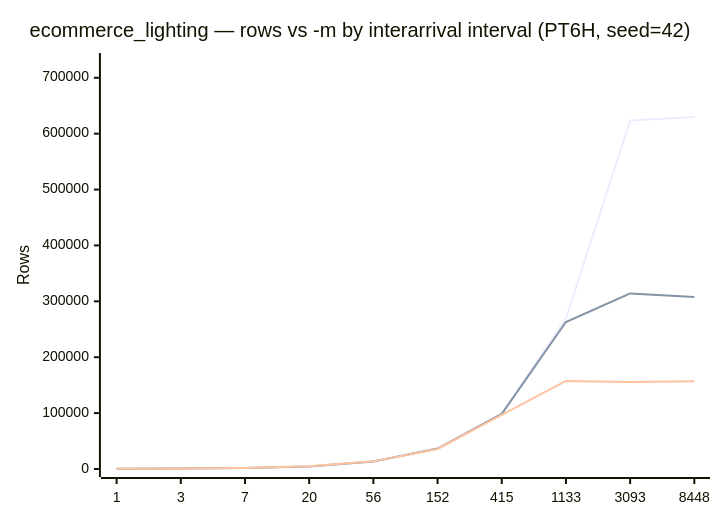
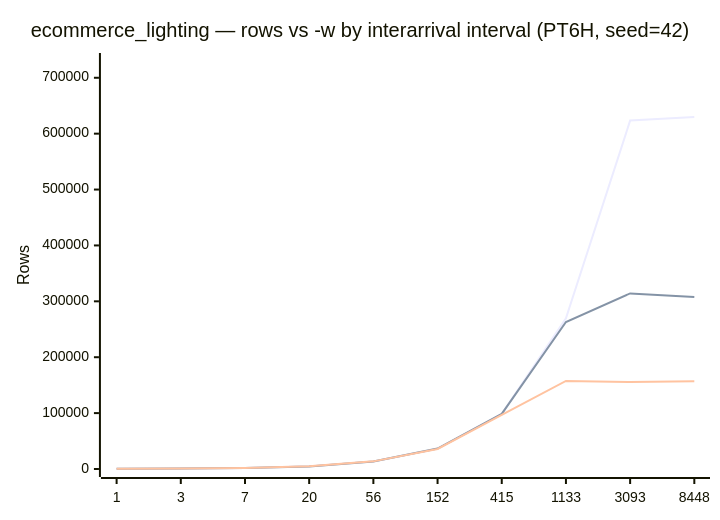
Before and after one commit to implydata/imply-eventgenerator: the fifth of 5 diagrams in docs/presets/ecommerce_lighting.md, drawn with Mermaid. The commit also changed other lines of this file and 22 other files, not shown here.

````diff
--- a/docs/presets/ecommerce_lighting.md
+++ b/docs/presets/ecommerce_lighting.md
@@ -207,9 +207,9 @@
 ```mermaid
 xychart-beta
-    title "ecommerce_lighting — rows vs -m by interarrival interval (PT6H, seed=42)"
+    title "ecommerce_lighting — rows vs -w by interarrival interval (PT6H, seed=42)"
     x-axis [1, 3, 7, 20, 56, 152, 415, 1133, 3093, 8448]
     y-axis "Rows" 0 --> 730000
     line [256, 745, 1717, 4913, 13309, 36306, 98807, 269641, 623397, 629831]
     line [256, 734, 1671, 4646, 13301, 36530, 98536, 263054, 314170, 307943]
     line [256, 703, 1666, 4844, 13660, 35897, 96976, 157490, 155461, 157076]
 ```
````
